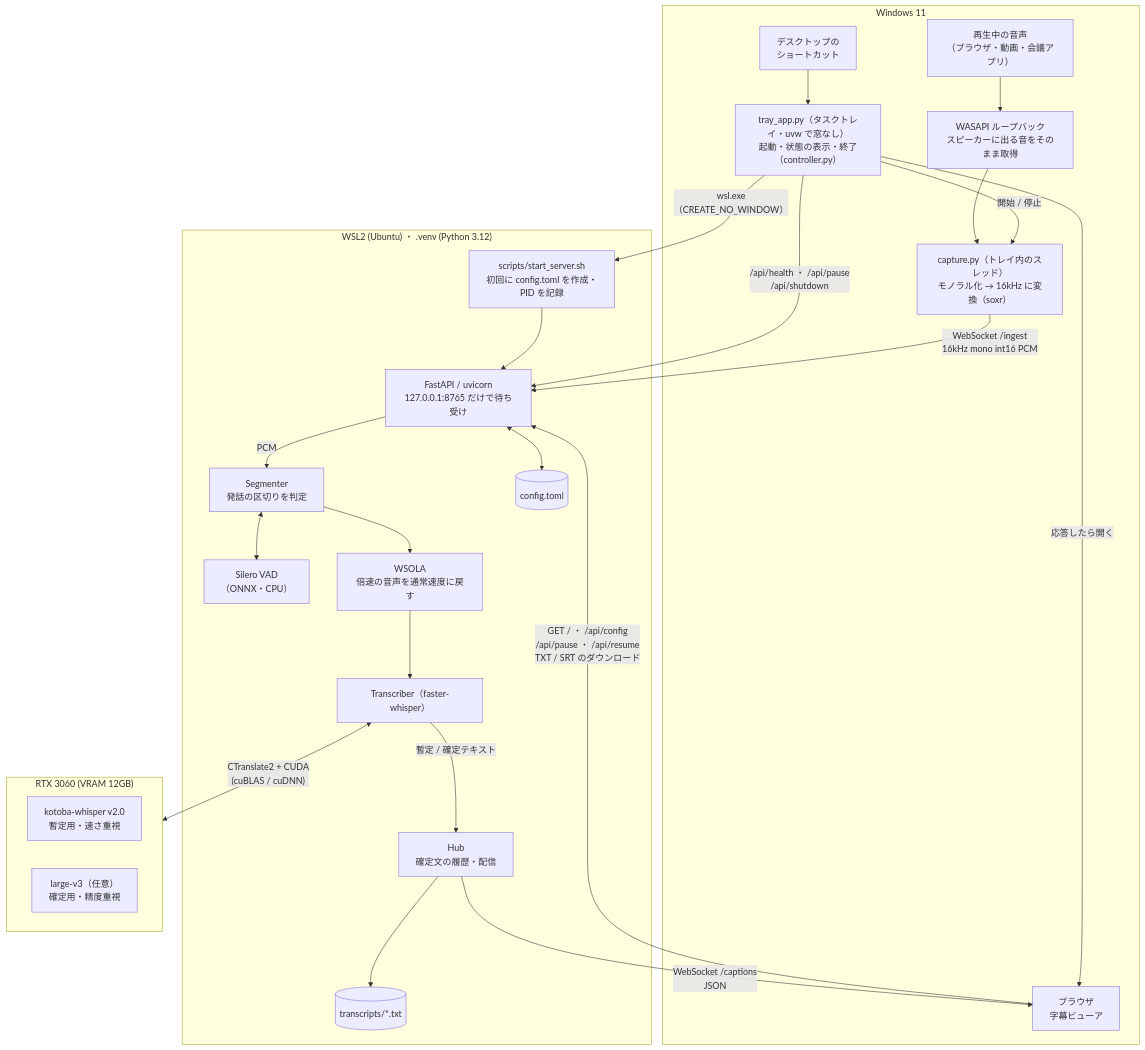
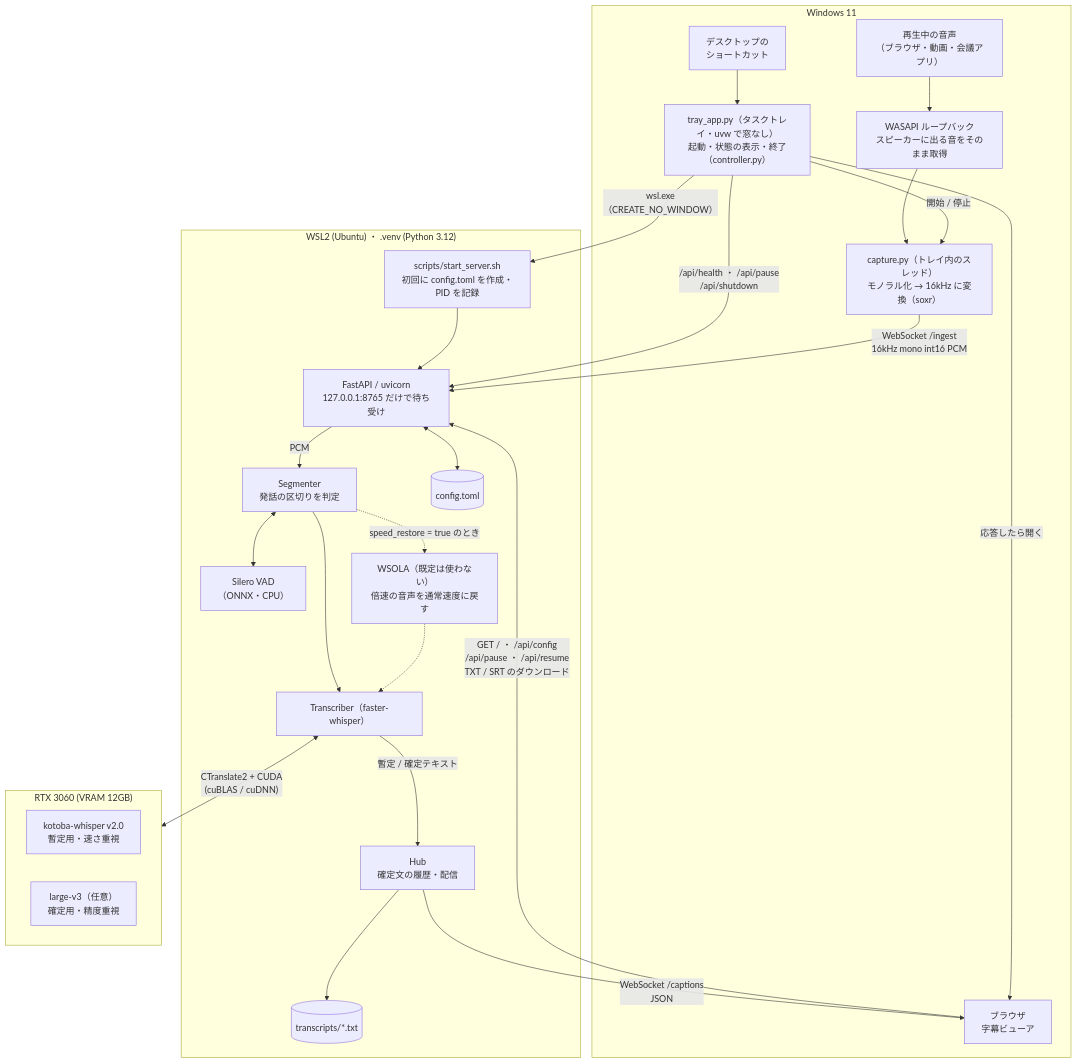
The first of 4 diagrams in docs/architecture.md (thetasnufkin/realtime-transcriber), drawn with Mermaid before and after one commit. The commit also changed other lines of this file and 1 other file, not shown here.

First line of the commit message:
構成図と CLAUDE.md を評価後の実装に合わせる（WSOLA は既定で使わない・kotoba にプロンプトを渡さない）

````diff
--- a/docs/architecture.md
+++ b/docs/architecture.md
@@ -12,46 +12,47 @@
 ```mermaid
 flowchart TB
     subgraph WIN["Windows 11"]
         LNK["デスクトップの<br/>ショートカット"]
         TRAY["tray_app.py（タスクトレイ・uvw で窓なし）<br/>起動・状態の表示・終了（controller.py）"]
         SRC["再生中の音声<br/>（ブラウザ・動画・会議アプリ）"]
         LOOP["WASAPI ループバック<br/>スピーカーに出る音をそのまま取得"]
         CAP["capture.py（トレイ内のスレッド）<br/>モノラル化 → 16kHz に変換（soxr）"]
         VIEW["ブラウザ<br/>字幕ビューア"]
         LNK --> TRAY
         SRC --> LOOP --> CAP
         TRAY -- "開始 / 停止" --> CAP
         TRAY -- "応答したら開く" --> VIEW
     end
 
     subgraph WSL["WSL2 (Ubuntu) ・ .venv (Python 3.12)"]
         API["FastAPI / uvicorn<br/>127.0.0.1:8765 だけで待ち受け"]
         SEG["Segmenter<br/>発話の区切りを判定"]
         VAD["Silero VAD<br/>（ONNX・CPU）"]
-        TSM["WSOLA<br/>倍速の音声を通常速度に戻す"]
+        TSM["WSOLA（既定は使わない）<br/>倍速の音声を通常速度に戻す"]
         TR["Transcriber（faster-whisper）"]
         HUB["Hub<br/>確定文の履歴・配信"]
         CFG[("config.toml")]
         OUT[("transcripts/*.txt")]
 
         API -- "PCM" --> SEG
         SEG <--> VAD
-        SEG --> TSM --> TR
+        SEG --> TR
+        SEG -. "speed_restore = true のとき" .-> TSM -.-> TR
         TR -- "暫定 / 確定テキスト" --> HUB
         HUB --> OUT
         API <--> CFG
         SH["scripts/start_server.sh<br/>初回に config.toml を作成・PID を記録"] --> API
     end
 
     subgraph GPU["RTX 3060 (VRAM 12GB)"]
         M1["kotoba-whisper v2.0<br/>暫定用・速さ重視"]
         M2["large-v3（任意）<br/>確定用・精度重視"]
     end
 
     TRAY -- "wsl.exe（CREATE_NO_WINDOW）" --> SH
     TRAY -- "/api/health ・ /api/pause<br/>/api/shutdown" --> API
     CAP -- "WebSocket /ingest<br/>16kHz mono int16 PCM" --> API
     TR <-- "CTranslate2 + CUDA<br/>(cuBLAS / cuDNN)" --> GPU
     HUB -- "WebSocket /captions<br/>JSON" --> VIEW
     VIEW -- "GET / ・ /api/config<br/>/api/pause ・ /api/resume<br/>TXT / SRT のダウンロード" --> API
 ```
````
